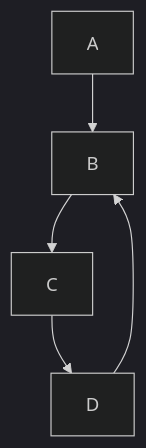
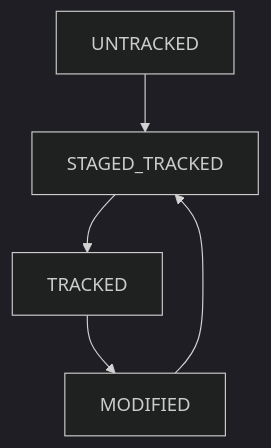
One commit to risutarku/first-project changed the diagram in README.md. Above: the diagram before and after it, drawn with Mermaid (dark theme).

Commit message:
Все еще исправить диаграмму статусов файла

````diff
--- a/README.md
+++ b/README.md
@@ -30,7 +30,7 @@
 ```mermaid
   graph TD;
-      A-->B;
-      B-->C;
-      C-->D;
-      D-->B;
+      UNTRACKED-->STAGED_TRACKED;
+      STAGED_TRACKED-->TRACKED;
+      TRACKED-->MODIFIED;
+      MODIFIED-->STAGED_TRACKED;
 ```
````
